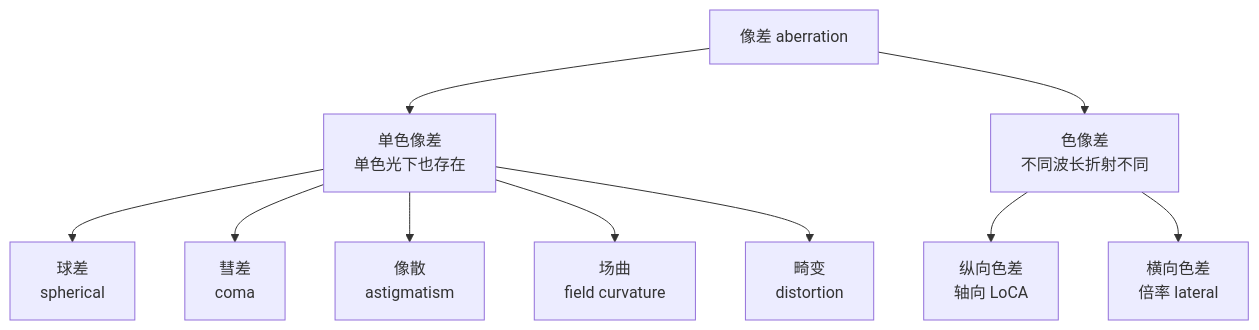
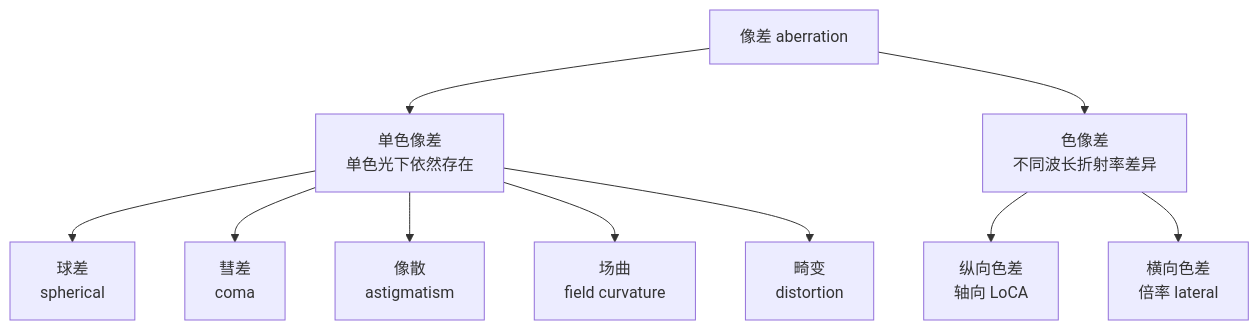
Before and after one commit to yingwang/photography-book: the diagram in docs/05-lens.md, drawn with Mermaid. The commit also changed other lines of this file, not shown here.

````diff
--- a/docs/05-lens.md
+++ b/docs/05-lens.md
@@ -224,12 +226,12 @@
 ```mermaid
 graph TD
-    A["像差 aberration"] --> B["单色像差<br/>单色光下也存在"]
-    A --> C["色像差<br/>不同波长折射不同"]
+    A["像差 aberration"] --> B["单色像差<br/>单色光下依然存在"]
+    A --> C["色像差<br/>不同波长折射率差异"]
     B --> B1["球差<br/>spherical"]
     B --> B2["彗差<br/>coma"]
     B --> B3["像散<br/>astigmatism"]
     B --> B4["场曲<br/>field curvature"]
     B --> B5["畸变<br/>distortion"]
     C --> C1["纵向色差<br/>轴向 LoCA"]
     C --> C2["横向色差<br/>倍率 lateral"]
 ```
````
